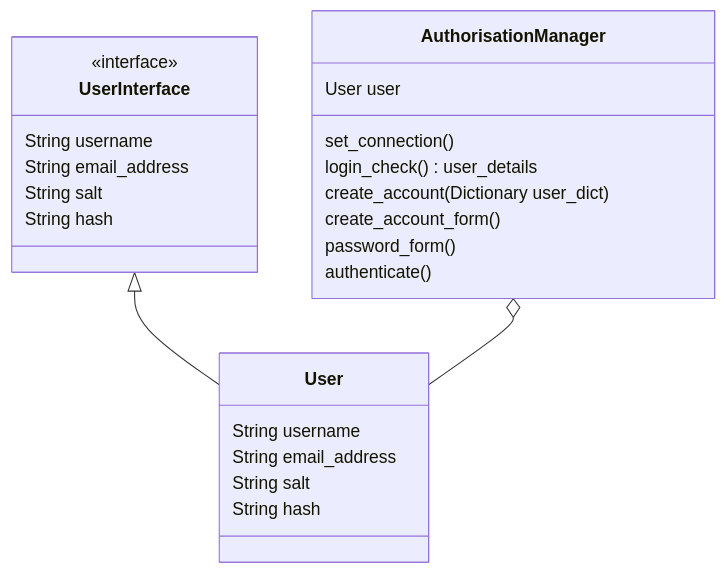
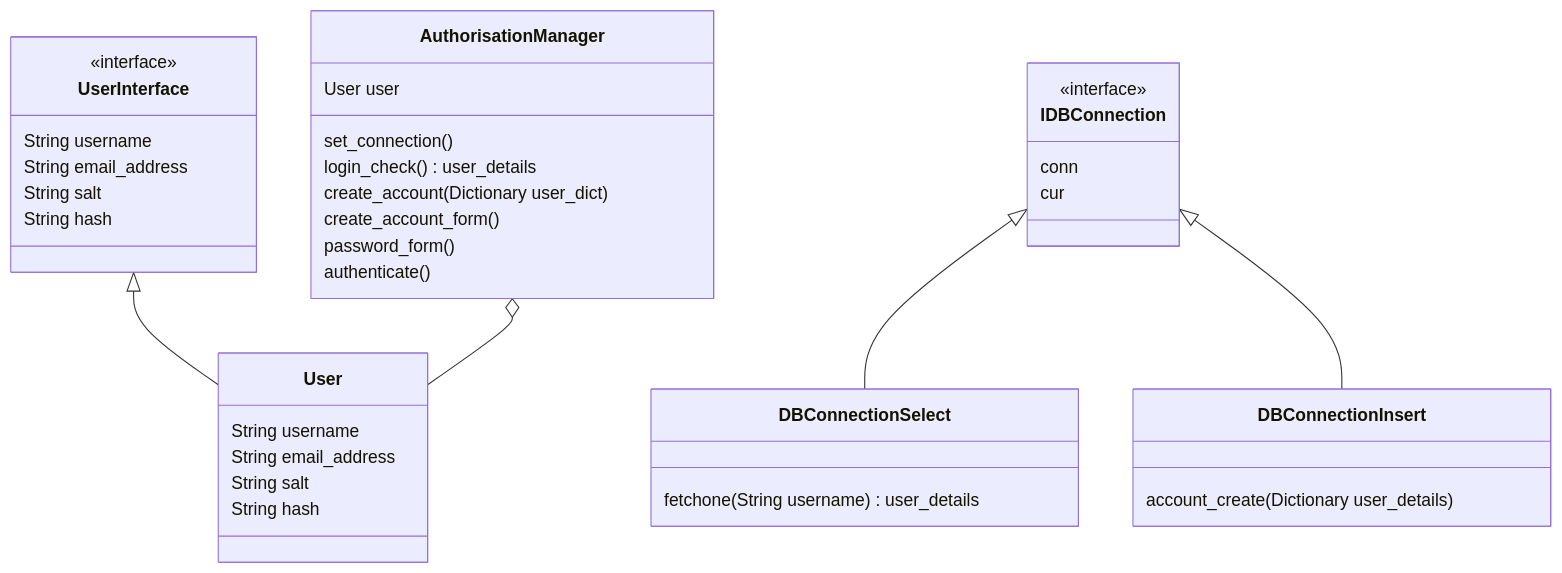
Before and after one commit to DaveM86/Authentication: the fourth of 4 diagrams in Overview.md, drawn with Mermaid. The commit also changed other lines of this file and 3 other files, not shown here.

Commit message:
Updated Class Diagrams

````diff
--- a/Overview.md
+++ b/Overview.md
@@ -61,29 +62,41 @@
 ```mermaid
 classDiagram
     class UserInterface {
         <<interface>>
         String username
         String email_address
         String salt
         String hash
     }
     class User{
         String username
         String email_address
         String salt
         String hash        
     }
     class AuthorisationManager {
         User user
         set_connection()
         login_check() user_details
         create_account(Dictionary user_dict)
         create_account_form()
         password_form()
         
         authenticate()
     }
+    class IDBConnection{
+        <<interface>>
+        conn
+        cur  
+    }
+    class DBConnectionSelect{
+        fetchone(String username) user_details
+    }
+    class DBConnectionInsert{
+        account_create(Dictionary user_details)
+    }
     UserInterface <|-- User
     AuthorisationManager o-- User
-
+    IDBConnection <|-- DBConnectionSelect
+    IDBConnection <|-- DBConnectionInsert
 ```
````
